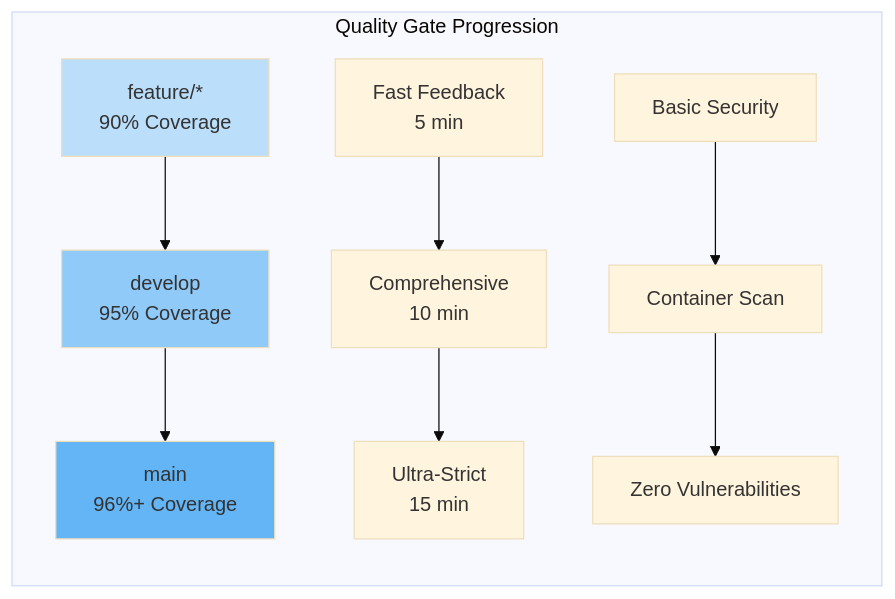
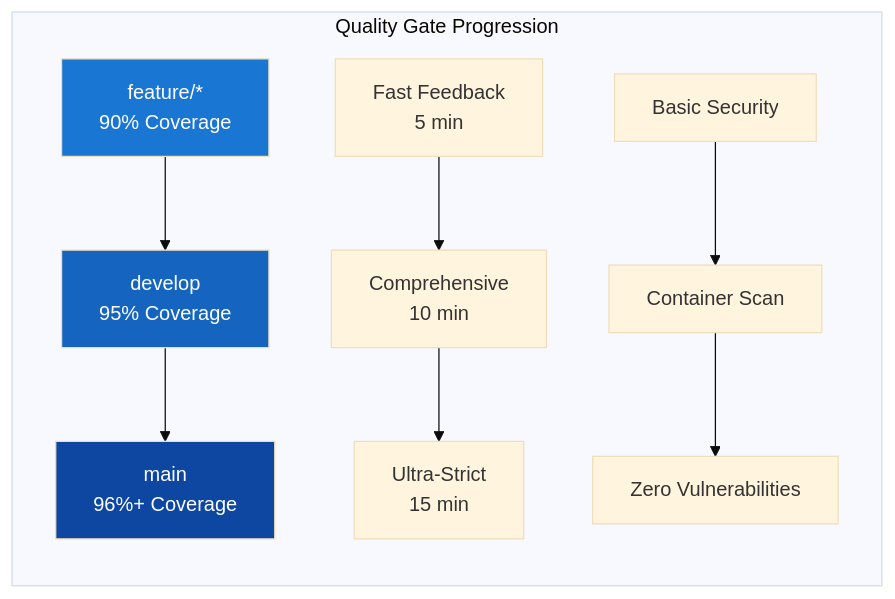
The fifth of 10 diagrams in README.md (mvalancy-mt/training-materials), drawn with Mermaid (base theme) before and after one commit. The commit also changed other lines of this file and 2 other files, not shown here.

First line of the commit message:
fix: improve mermaid diagram readability with high-contrast colors (#9)

````diff
--- a/README.md
+++ b/README.md
@@ -150,17 +150,17 @@
 ```mermaid
 graph LR
     subgraph "Quality Gate Progression"
         A[feature/*<br/>90% Coverage] --> B[develop<br/>95% Coverage]
         B --> C[main<br/>96%+ Coverage]
 
         A1[Fast Feedback<br/>5 min] --> B1[Comprehensive<br/>10 min]
         B1 --> C1[Ultra-Strict<br/>15 min]
 
         A2[Basic Security] --> B2[Container Scan]
         B2 --> C2[Zero Vulnerabilities]
     end
 
-    style A fill:#bbdefb
-    style B fill:#90caf9
-    style C fill:#64b5f6
+    style A fill:#1976d2,color:#ffffff
+    style B fill:#1565c0,color:#ffffff
+    style C fill:#0d47a1,color:#ffffff
 ```
````
